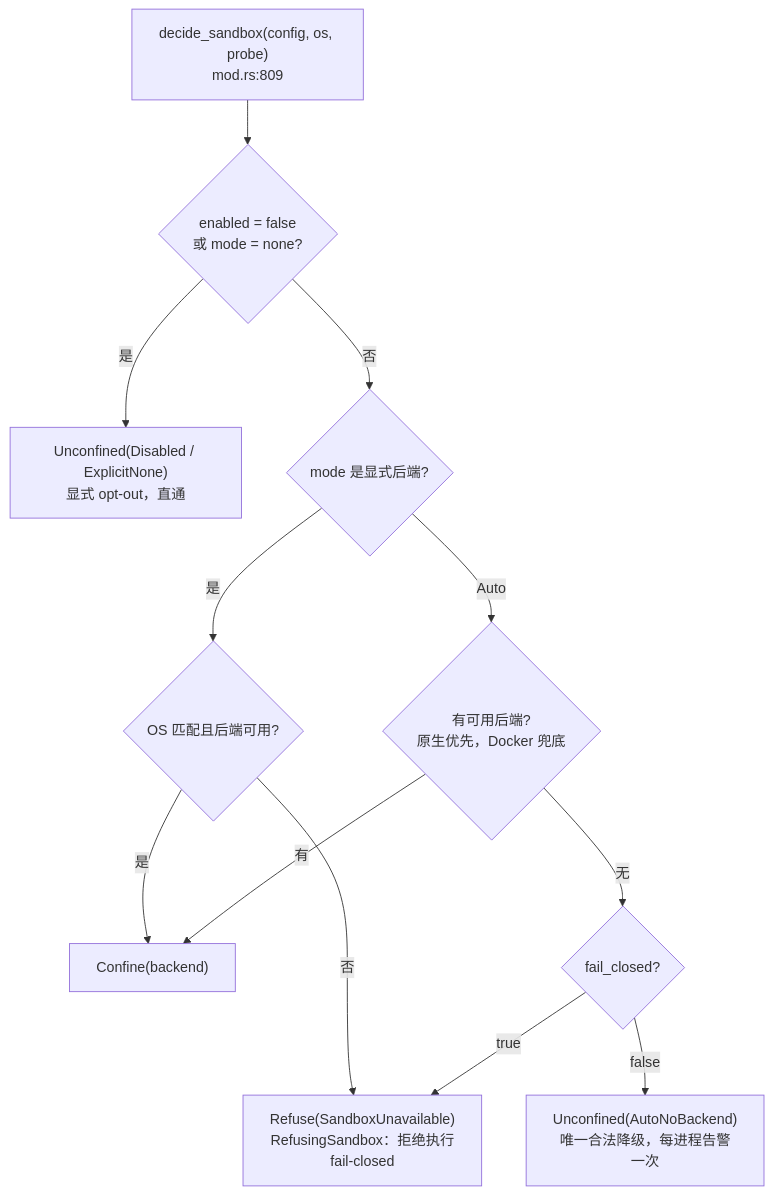
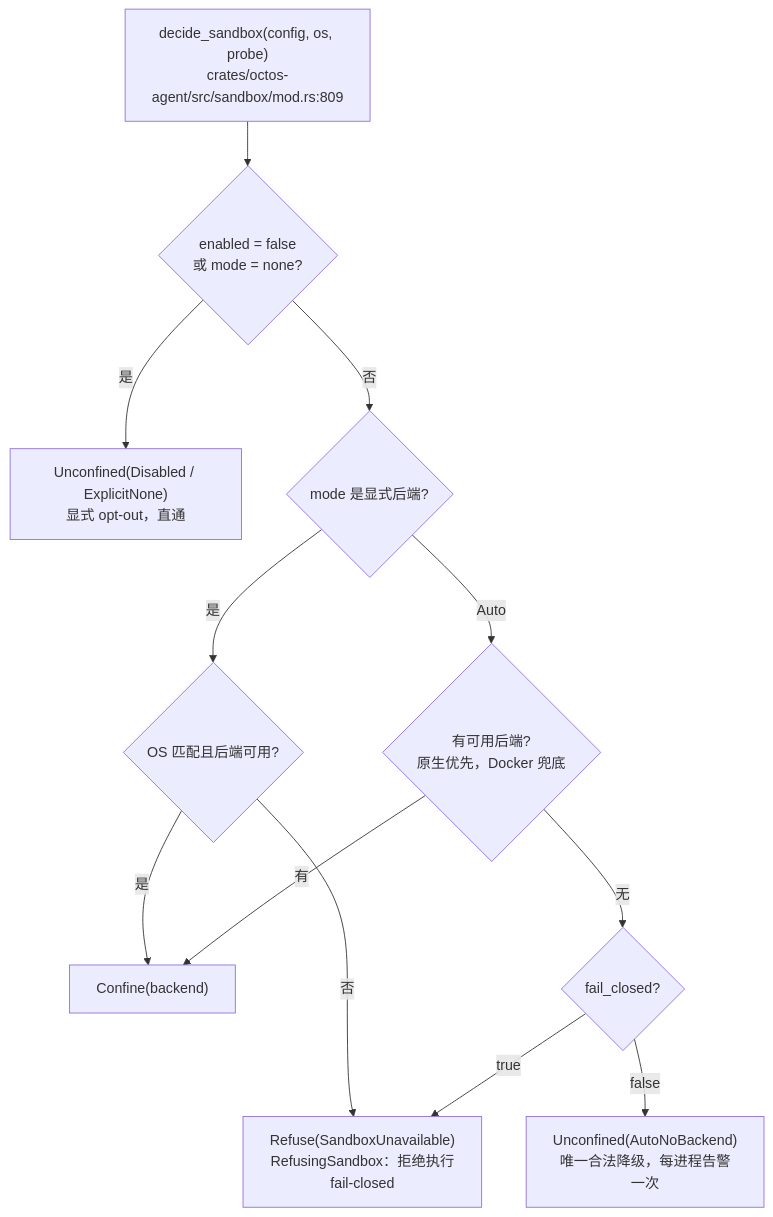
Before and after one commit to octos-org/octos-book: the first of 2 diagrams in book/src/part2/ch07.md, drawn with Mermaid. The commit also changed other lines of this file and 39 other files, not shown here.

````diff
--- a/book/src/part2/ch07.md
+++ b/book/src/part2/ch07.md
@@ -85,14 +85,14 @@
 ```mermaid
 flowchart TB
-    S["decide_sandbox(config, os, probe)<br/>mod.rs:809"] --> Q1{"enabled = false<br/>或 mode = none?"}
+    S["decide_sandbox(config, os, probe)<br/>crates/octos-agent/src/sandbox/mod.rs:809"] --> Q1{"enabled = false<br/>或 mode = none?"}
     Q1 -->|是| U["Unconfined(Disabled / ExplicitNone)<br/>显式 opt-out，直通"]
     Q1 -->|否| Q2{"mode 是显式后端?"}
     Q2 -->|是| Q3{"OS 匹配且后端可用?"}
     Q3 -->|是| C["Confine(backend)"]
     Q3 -->|否| R["Refuse(SandboxUnavailable)<br/>RefusingSandbox：拒绝执行<br/>fail-closed"]
     Q2 -->|Auto| Q4{"有可用后端?<br/>原生优先，Docker 兜底"}
     Q4 -->|有| C
     Q4 -->|无| Q5{"fail_closed?"}
     Q5 -->|false| U2["Unconfined(AutoNoBackend)<br/>唯一合法降级，每进程告警一次"]
     Q5 -->|true| R
 ```
````
